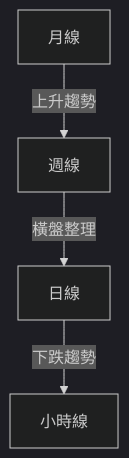
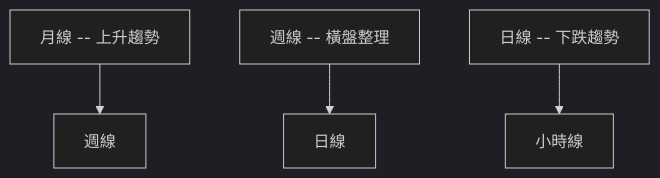
The second of 10 diagrams in ai_gen_report/stock/nu/technical_analysis_2026-04-07_openai.md (yennanliu/finance_data), drawn with Mermaid (dark theme) before and after one commit. The commit also changed other lines of this file and 2258 other files, not shown here.

First line of the commit message:
chore: backfill Mermaid syntax repair across existing reports

````diff
--- a/ai_gen_report/stock/nu/technical_analysis_2026-04-07_openai.md
+++ b/ai_gen_report/stock/nu/technical_analysis_2026-04-07_openai.md
@@ -92,6 +92,6 @@
 ```mermaid
 graph TD
-    月線 -- 上升趨勢 --> 週線
-    週線 -- 橫盤整理 --> 日線
-    日線 -- 下跌趨勢 --> 小時線
+    nb1["月線 -- 上升趨勢"] --> 週線
+    nb2["週線 -- 橫盤整理"] --> 日線
+    nb3["日線 -- 下跌趨勢"] --> 小時線
 ```
````
